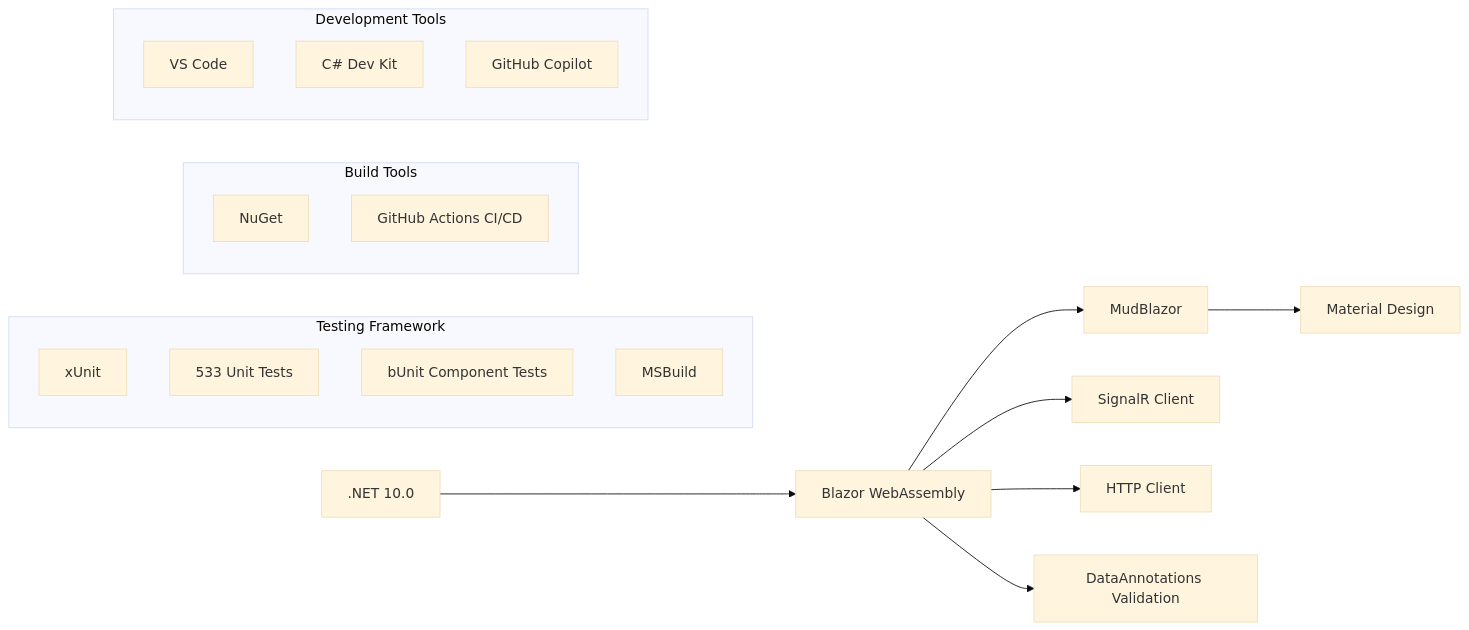
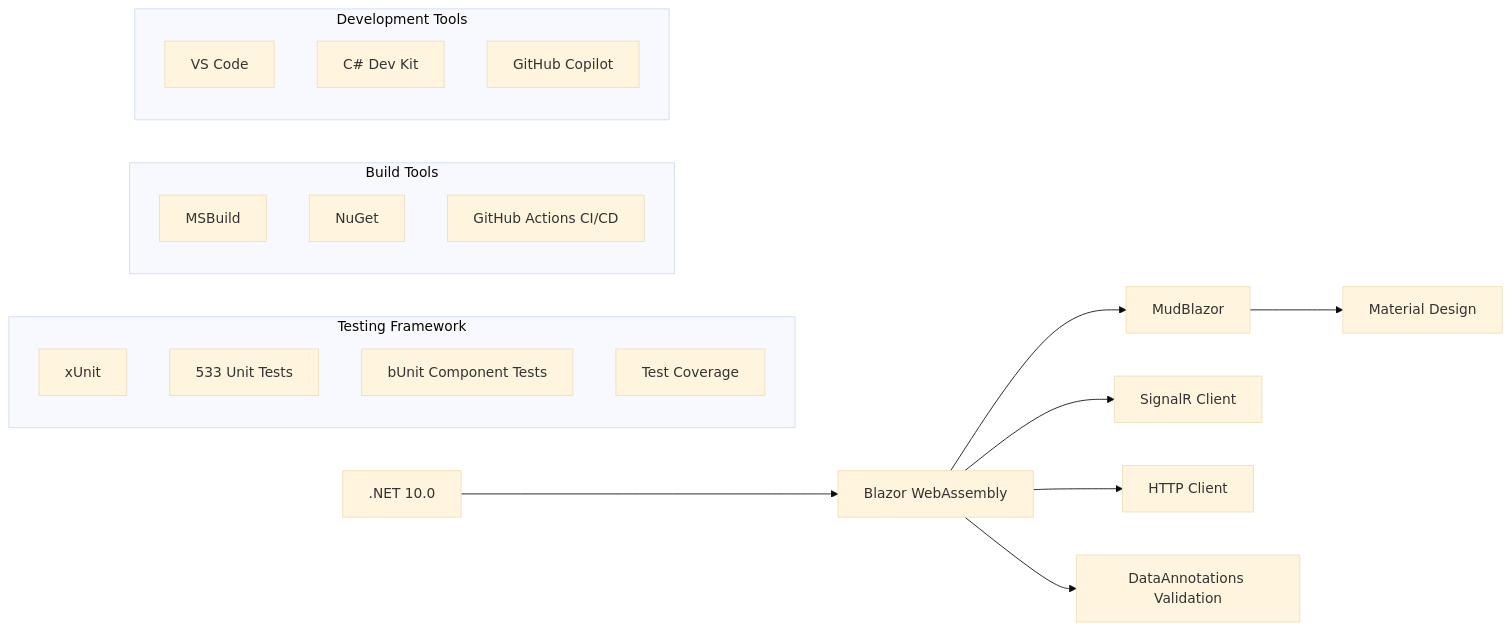
Before and after one commit to mongeon/RecettesIndex: the fifth of 12 diagrams in docs/ARCHITECTURE.md, drawn with Mermaid (base theme). The commit also changed other lines of this file, not shown here.

First line of the commit message:
docs: fix duplicate node ids in the architecture diagrams

````diff
--- a/docs/ARCHITECTURE.md
+++ b/docs/ARCHITECTURE.md
@@ -241,28 +248,28 @@
 ```mermaid
 graph LR
-    A[.NET 10.0] --> B[Blazor WebAssembly]
-    B --> C[MudBlazor]
-    C --> D[Material Design]
-    B --> E[SignalR Client]
-    B --> F[HTTP Client]
-    B --> G[DataAnnotations Validation]
-    
+    Net[.NET 10.0] --> Wasm[Blazor WebAssembly]
+    Wasm --> Mud[MudBlazor]
+    Mud --> Material[Material Design]
+    Wasm --> Signalr[SignalR Client]
+    Wasm --> Http[HTTP Client]
+    Wasm --> Annotations[DataAnnotations Validation]
+
     subgraph "Testing Framework"
-        H[xUnit]
-        I[533 Unit Tests]
-        J[bUnit Component Tests]
-        K[Test Coverage]
+        XUnit[xUnit]
+        UnitTests[533 Unit Tests]
+        BUnit[bUnit Component Tests]
+        Coverage[Test Coverage]
     end
-    
+
     subgraph "Build Tools"
-        K[MSBuild]
-        L[NuGet]
-        M[GitHub Actions CI/CD]
+        MsBuild[MSBuild]
+        NuGet[NuGet]
+        Actions[GitHub Actions CI/CD]
     end
-    
+
     subgraph "Development Tools"
-        N[VS Code]
-        O[C# Dev Kit]
-        P[GitHub Copilot]
+        VsCode[VS Code]
+        DevKit[C# Dev Kit]
+        Copilot[GitHub Copilot]
     end
 ```
````
